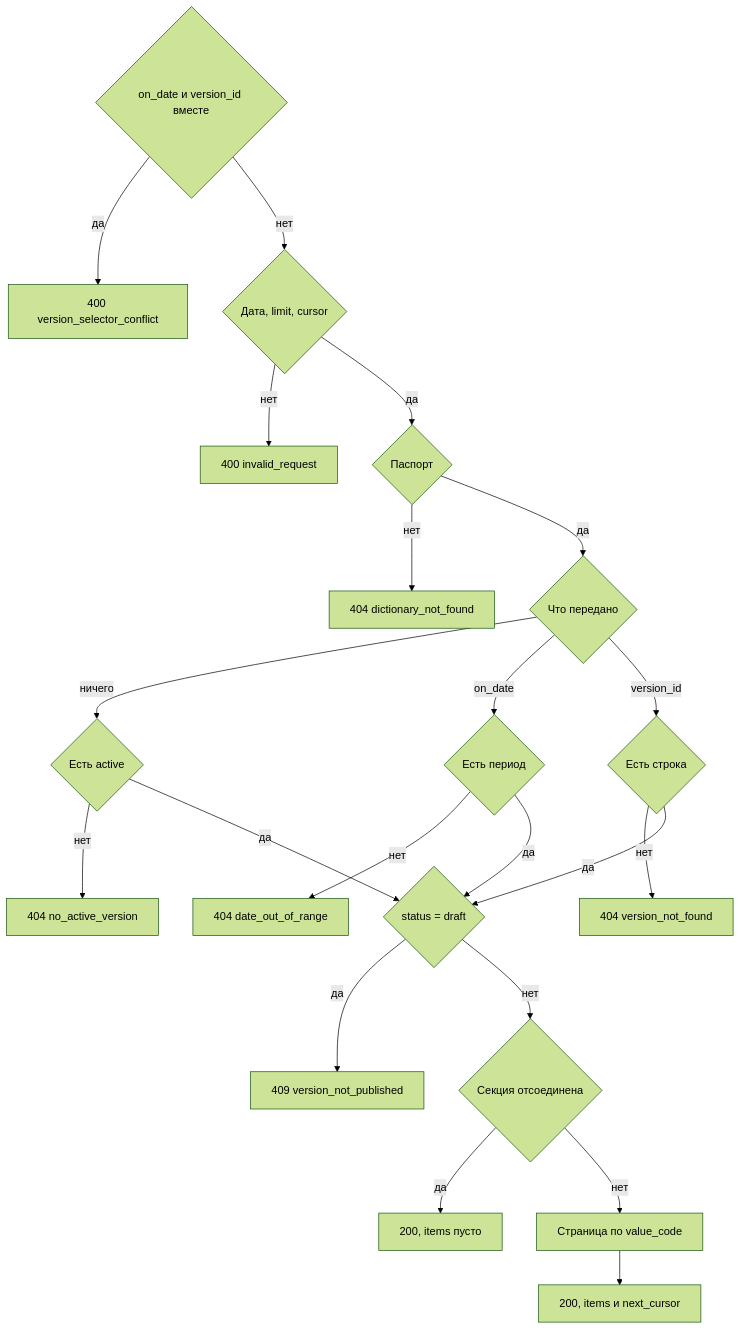
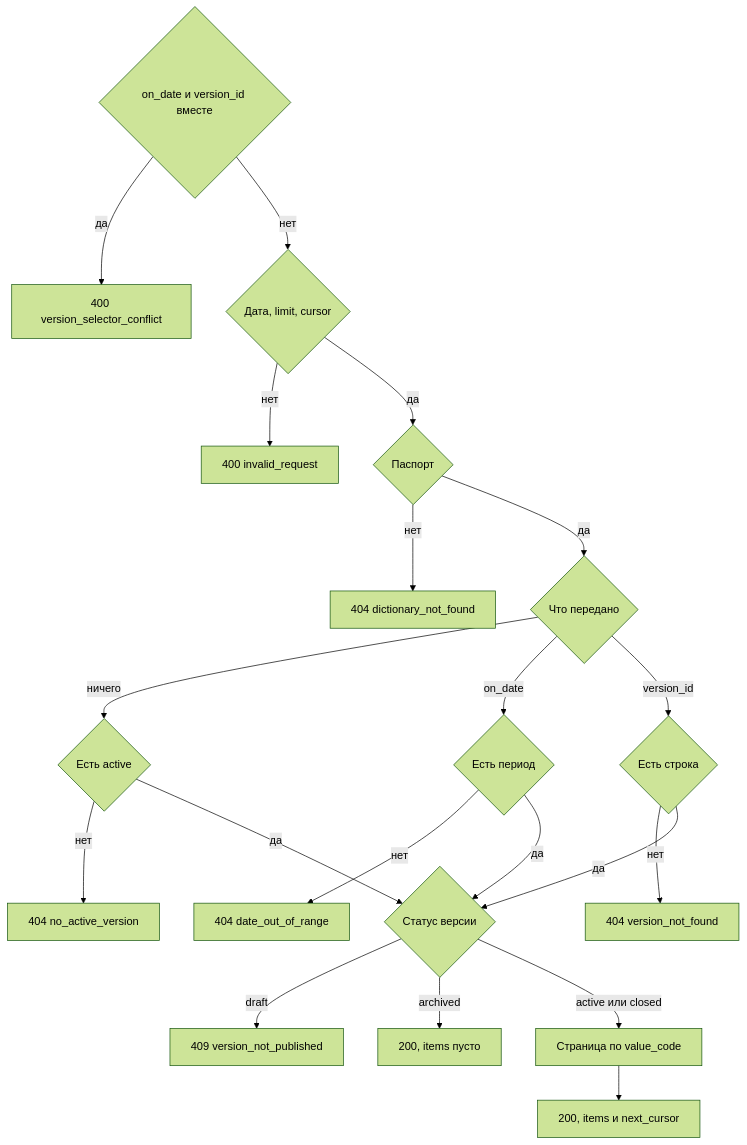
The diagram in docs/1. functional/v3/service.api/DataController/get_values.md (StrannikE95/reference_data), drawn with Mermaid (forest theme) before and after one commit. The commit also changed other lines of this file and 11 other files, not shown here.

````diff
--- a/docs/1. functional/v3/service.api/DataController/get_values.md
+++ b/docs/1. functional/v3/service.api/DataController/get_values.md
@@ -79,23 +79,22 @@
 ```mermaid
 flowchart TD
   both{"on_date и version_id вместе"} -->|да| conflict["400 version_selector_conflict"]
   both -->|нет| fmt{"Дата, limit, cursor"}
   fmt -->|нет| bad["400 invalid_request"]
   fmt -->|да| pas{"Паспорт"}
   pas -->|нет| d404["404 dictionary_not_found"]
   pas -->|да| mode{"Что передано"}
   mode -->|ничего| active{"Есть active"}
   mode -->|on_date| period{"Есть период"}
   mode -->|version_id| byId{"Есть строка"}
   active -->|нет| noAct["404 no_active_version"]
   period -->|нет| oor["404 date_out_of_range"]
   byId -->|нет| nf["404 version_not_found"]
-  active -->|да| draft{"status = draft"}
-  period -->|да| draft
-  byId -->|да| draft
-  draft -->|да| np["409 version_not_published"]
-  draft -->|нет| arch{"Секция отсоединена"}
-  arch -->|да| emptyA["200, items пусто"]
-  arch -->|нет| page["Страница по value_code"]
+  active -->|да| st{"Статус версии"}
+  period -->|да| st
+  byId -->|да| st
+  st -->|draft| np["409 version_not_published"]
+  st -->|archived| emptyA["200, items пусто"]
+  st -->|active или closed| page["Страница по value_code"]
   page --> ok["200, items и next_cursor"]
 ```
````
